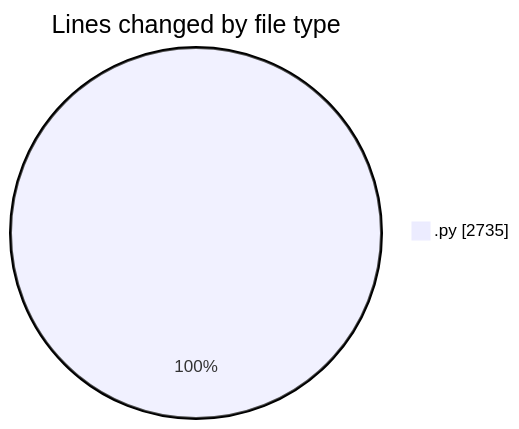
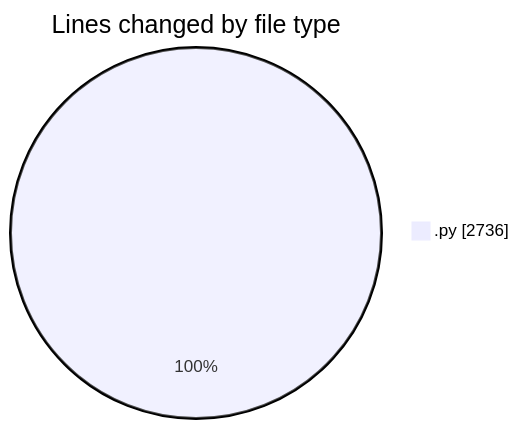
One commit to julien-gomy/code-tracking changed the first of 2 diagrams in 2025-11-24/eventscop-api-guide__workspace_/README.md. Above: the diagram before and after it, drawn with Mermaid. The commit also changed other lines of this file and 1 other file, not shown here.

````diff
--- a/2025-11-24/eventscop-api-guide__workspace_/README.md
+++ b/2025-11-24/eventscop-api-guide__workspace_/README.md
@@ -24,5 +24,5 @@
 ```mermaid
 pie showData
 title Lines changed by file type
-".py" : 2735
+".py" : 2736
 ```
````
